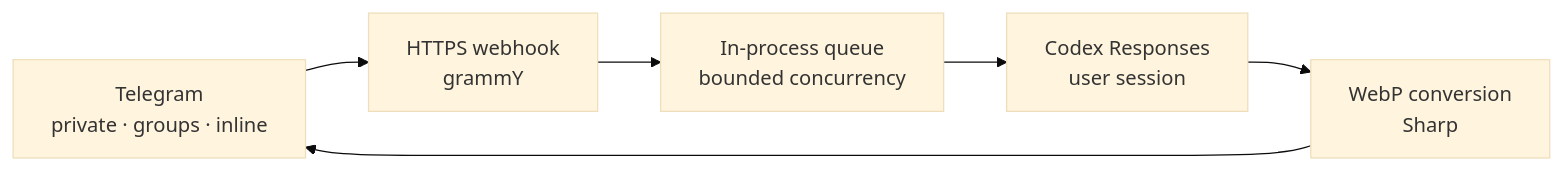
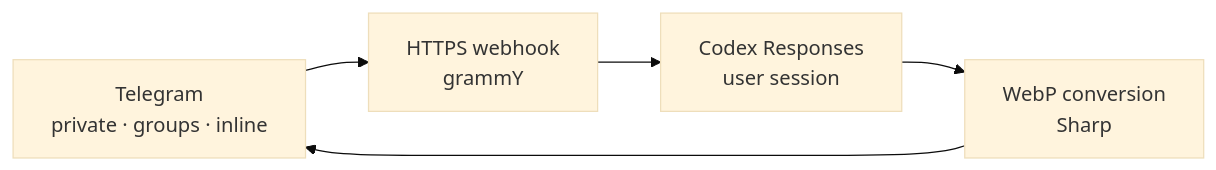
Before and after one commit to victor141516/stickergen: the diagram in README.md, drawn with Mermaid (base theme). The commit also changed other lines of this file and 7 other files, not shown here.

````diff
--- a/README.md
+++ b/README.md
@@ -61,10 +61,9 @@
 ```mermaid
 flowchart LR
     T["Telegram<br/>private · groups · inline"]
     W["HTTPS webhook<br/>grammY"]
-    Q["In-process queue<br/>bounded concurrency"]
     C["Codex Responses<br/>user session"]
     S["WebP conversion<br/>Sharp"]
 
-    T --> W --> Q --> C --> S --> T
+    T --> W --> C --> S --> T
 ```
````
